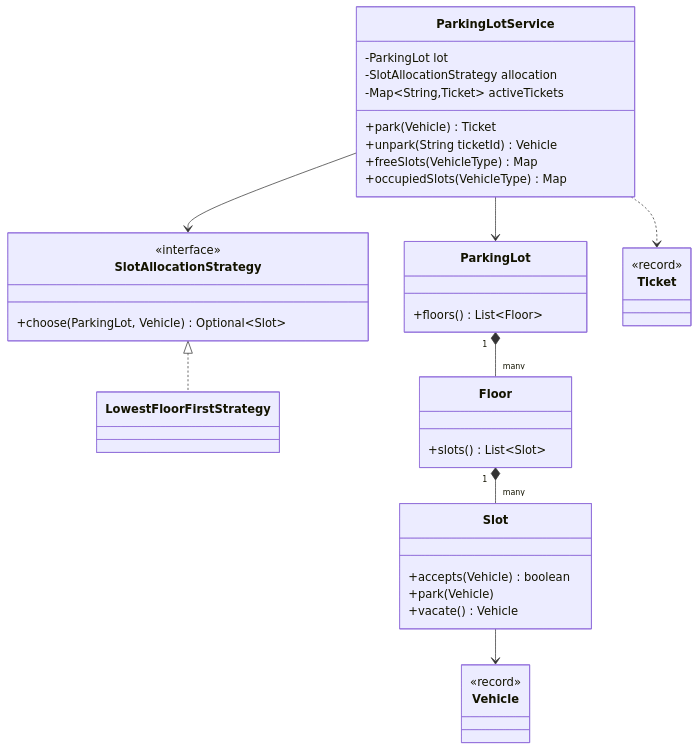
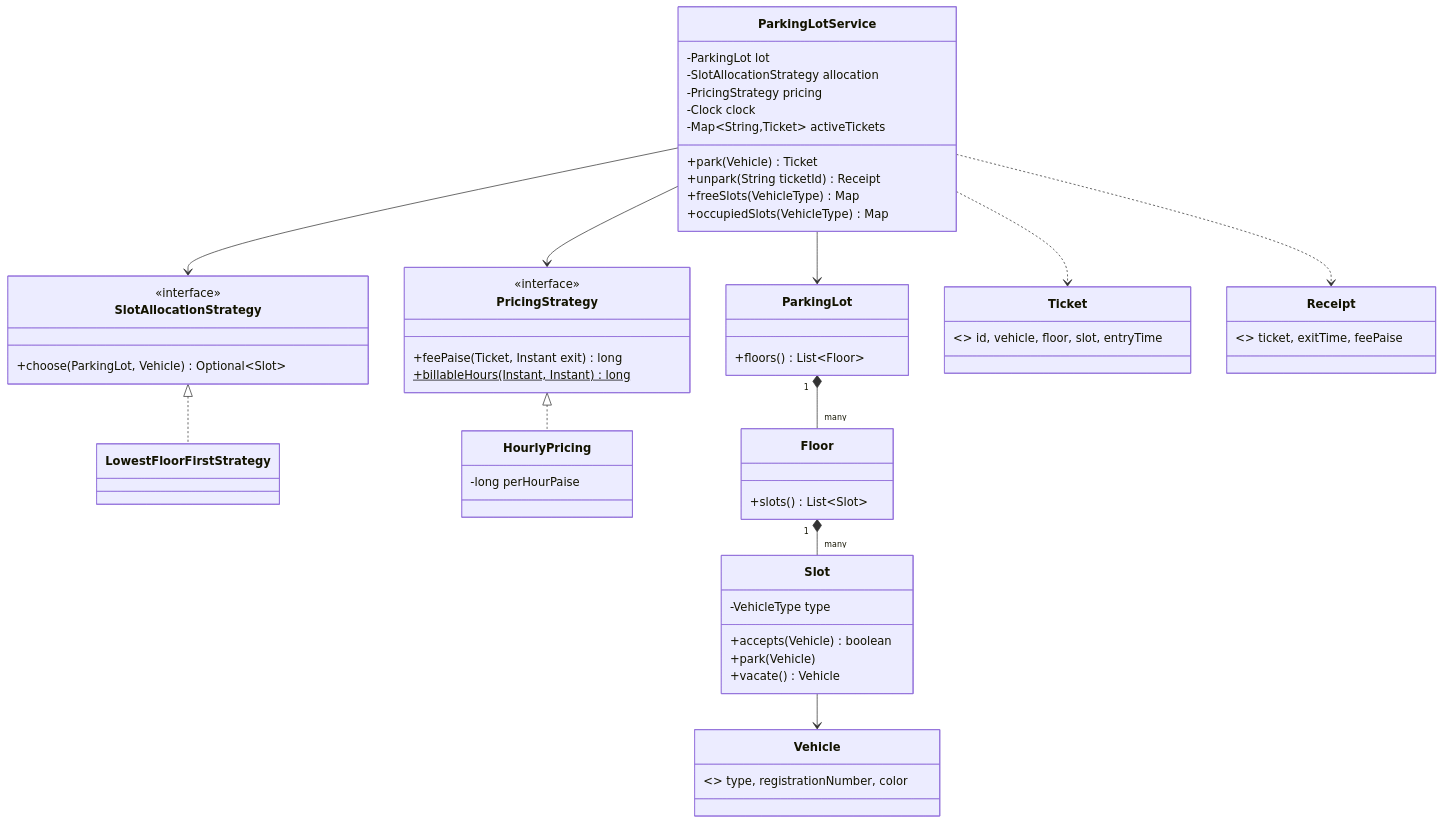
The first of 4 diagrams in LLD/Problems/01 - Parking Lot.md (zekkrron/cs-knowledge-base), drawn with Mermaid before and after one commit. The commit also changed other lines of this file and 150 other files, not shown here.

Commit message:
LLD: research-based ladders, folder-structured v0/full for Parking Lot and Rate Limiter; LLD README procedure; DSA README format; Ratta Sheet additions; resume update; gitignore

````diff
--- a/LLD/Problems/01 - Parking Lot.md
+++ b/LLD/Problems/01 - Parking Lot.md
@@ -68,33 +70,46 @@
 ```mermaid
 classDiagram
     class ParkingLotService {
         -ParkingLot lot
         -SlotAllocationStrategy allocation
+        -PricingStrategy pricing
+        -Clock clock
         -Map~String,Ticket~ activeTickets
         +park(Vehicle) Ticket
-        +unpark(String ticketId) Vehicle
+        +unpark(String ticketId) Receipt
         +freeSlots(VehicleType) Map
         +occupiedSlots(VehicleType) Map
     }
     class SlotAllocationStrategy {
         <<interface>>
         +choose(ParkingLot, Vehicle) Optional~Slot~
     }
     class LowestFloorFirstStrategy
+    class PricingStrategy {
+        <<interface>>
+        +feePaise(Ticket, Instant exit) long
+        +billableHours(Instant, Instant)$ long
+    }
+    class HourlyPricing { -long perHourPaise }
     class ParkingLot { +floors() List~Floor~ }
     class Floor { +slots() List~Slot~ }
     class Slot {
+        -VehicleType type
         +accepts(Vehicle) boolean
         +park(Vehicle)
         +vacate() Vehicle
     }
-    class Ticket { <<record>> }
-    class Vehicle { <<record>> }
+    class Ticket { <<record>> id, vehicle, floor, slot, entryTime }
+    class Receipt { <<record>> ticket, exitTime, feePaise }
+    class Vehicle { <<record>> type, registrationNumber, color }
     ParkingLotService --> ParkingLot
     ParkingLotService --> SlotAllocationStrategy
+    ParkingLotService --> PricingStrategy
     SlotAllocationStrategy <|.. LowestFloorFirstStrategy
+    PricingStrategy <|.. HourlyPricing
     ParkingLot "1" *-- "many" Floor
     Floor "1" *-- "many" Slot
+    Slot --> Vehicle
     ParkingLotService ..> Ticket
-    Slot --> Vehicle
+    ParkingLotService ..> Receipt
 ```
````
